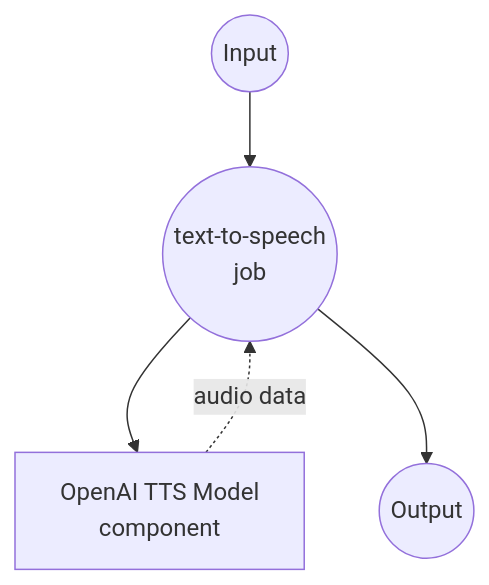
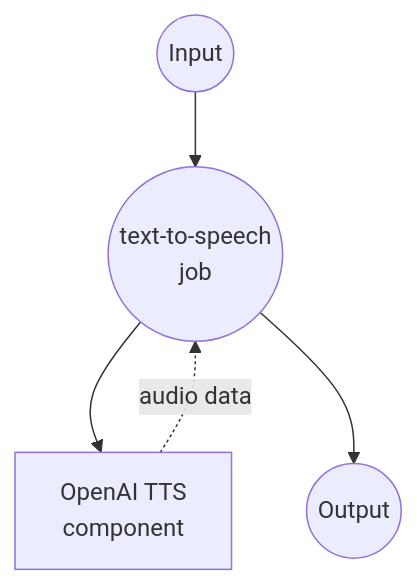
One commit to hanyeol/model-compose changed the diagram in examples/openai-audio-speech/README.md. Above: the diagram before and after it, drawn with Mermaid. The commit also changed other lines of this file and 21 other files, not shown here.

````diff
--- a/examples/openai-audio-speech/README.md
+++ b/examples/openai-audio-speech/README.md
@@ -97,16 +97,16 @@
 ```mermaid
 graph TD
     %% Jobs (circles)
     J1((text-to-speech<br/>job))
 
     %% Components (rectangles)
-    C1[OpenAI TTS Model<br/>component]
+    C1[OpenAI TTS<br/>component]
 
     %% Job to component connections (solid: invokes, dotted: returns)
     J1 --> C1
     C1 -.-> |audio data| J1
 
     %% Input/Output
     Input((Input)) --> J1
     J1 --> Output((Output))
 ```
````
